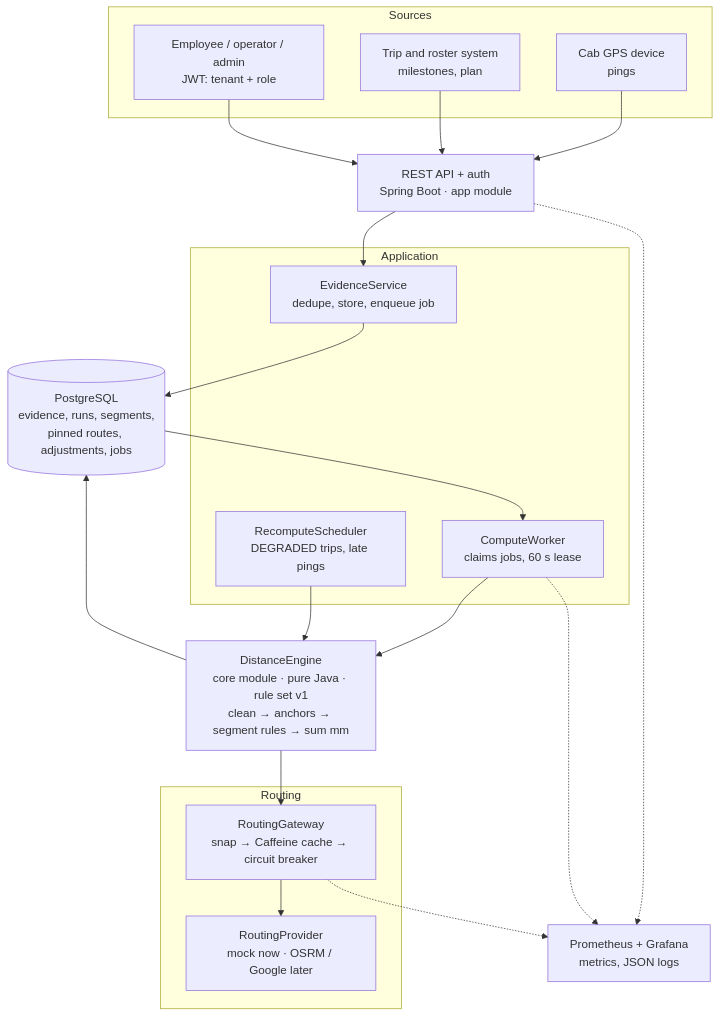
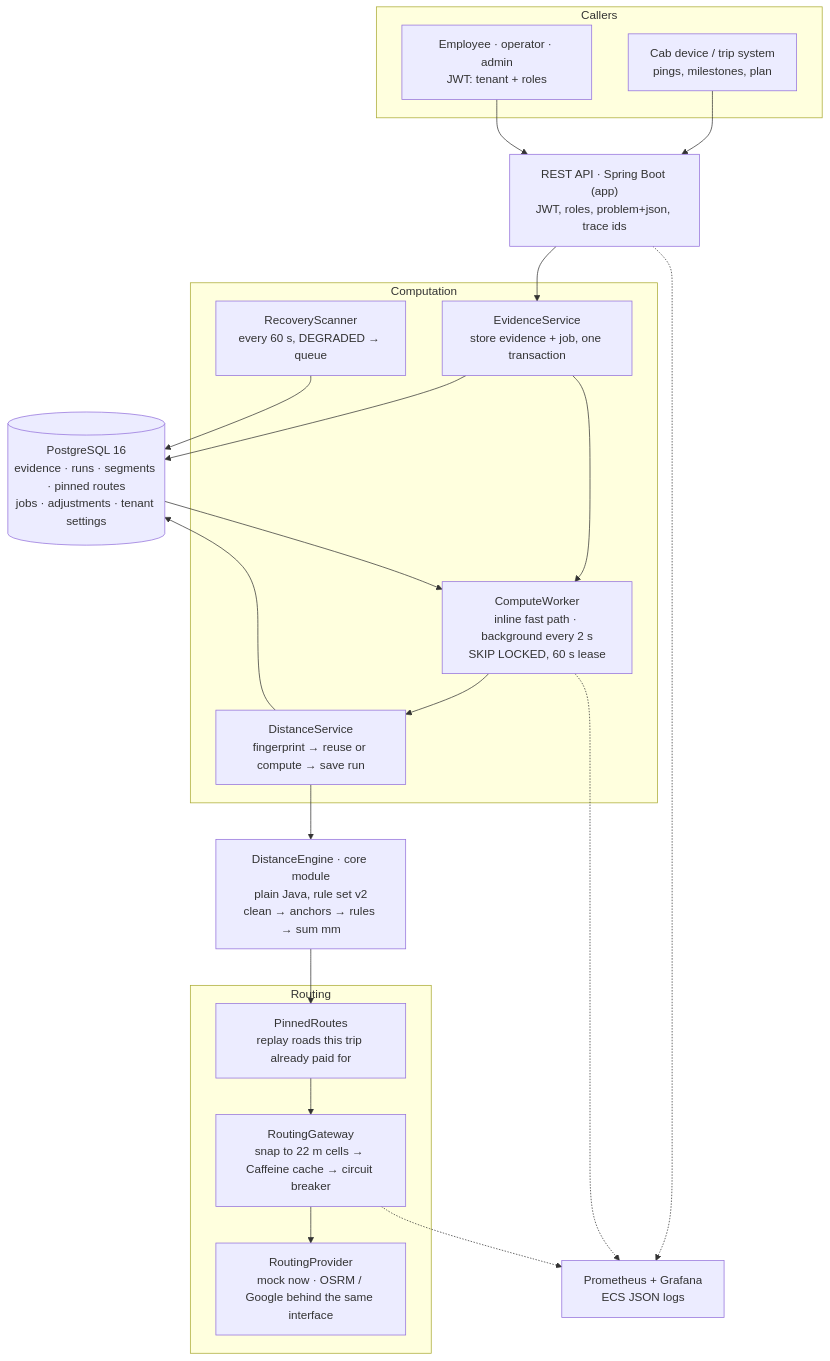
Before and after one commit to akshat-nawaria/trip-ledger: the first of 4 diagrams in docs/DESIGN.md, drawn with Mermaid. The commit also changed other lines of this file and 4 other files, not shown here.

````diff
--- a/docs/DESIGN.md
+++ b/docs/DESIGN.md
@@ -17,41 +17,40 @@
 ```mermaid
 flowchart TB
-    subgraph Sources
-        DEV["Cab GPS device<br/>pings"]
-        TRS["Trip and roster system<br/>milestones, plan"]
-        USR["Employee / operator / admin<br/>JWT: tenant + role"]
+    subgraph Callers
+        DEV["Cab device / trip system<br/>pings, milestones, plan"]
+        USR["Employee · operator · admin<br/>JWT: tenant + roles"]
     end
 
-    API["REST API + auth<br/>Spring Boot · app module"]
+    API["REST API · Spring Boot (app)<br/>JWT, roles, problem+json, trace ids"]
 
-    subgraph Application
-        EVS["EvidenceService<br/>dedupe, store, enqueue job"]
-        WRK["ComputeWorker<br/>claims jobs, 60 s lease"]
-        RSC["RecomputeScheduler<br/>DEGRADED trips, late pings"]
+    subgraph Work["Computation"]
+        EVS["EvidenceService<br/>store evidence + job, one transaction"]
+        WRK["ComputeWorker<br/>inline fast path · background every 2 s<br/>SKIP LOCKED, 60 s lease"]
+        REC["RecoveryScanner<br/>every 60 s, DEGRADED → queue"]
+        DS["DistanceService<br/>fingerprint → reuse or compute → save run"]
     end
 
-    ENG["DistanceEngine<br/>core module · pure Java · rule set v1<br/>clean → anchors → segment rules → sum mm"]
+    ENG["DistanceEngine · core module<br/>plain Java, rule set v2<br/>clean → anchors → rules → sum mm"]
 
     subgraph Routing
-        RCH["RoutingGateway<br/>snap → Caffeine cache → circuit breaker"]
-        PRV["RoutingProvider<br/>mock now · OSRM / Google later"]
+        PIN["PinnedRoutes<br/>replay roads this trip already paid for"]
+        GW["RoutingGateway<br/>snap to 22 m cells → Caffeine cache → circuit breaker"]
+        PRV["RoutingProvider<br/>mock now · OSRM / Google behind the same interface"]
     end
 
-    DB[("PostgreSQL<br/>evidence, runs, segments,<br/>pinned routes, adjustments, jobs")]
-    OBS["Prometheus + Grafana<br/>metrics, JSON logs"]
+    DB[("PostgreSQL 16<br/>evidence · runs · segments · pinned routes<br/>jobs · adjustments · tenant settings")]
+    OBS["Prometheus + Grafana<br/>ECS JSON logs"]
 
     DEV --> API
-    TRS --> API
     USR --> API
-    API --> EVS
-    EVS --> DB
+    API --> EVS --> DB
+    EVS --> WRK
     DB --> WRK
-    WRK --> ENG
-    RSC --> ENG
-    ENG --> RCH
-    RCH --> PRV
-    ENG --> DB
+    REC --> DB
+    WRK --> DS --> ENG
+    ENG --> PIN --> GW --> PRV
+    DS --> DB
     API -.-> OBS
     WRK -.-> OBS
-    RCH -.-> OBS
+    GW -.-> OBS
 ```
````
